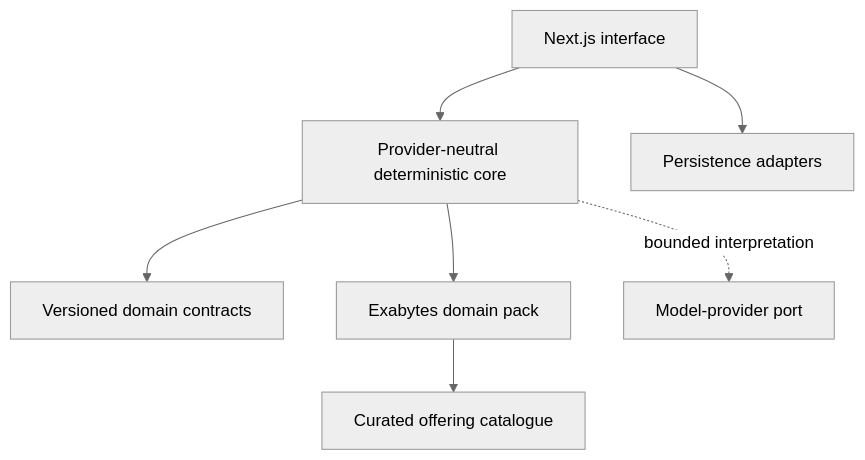
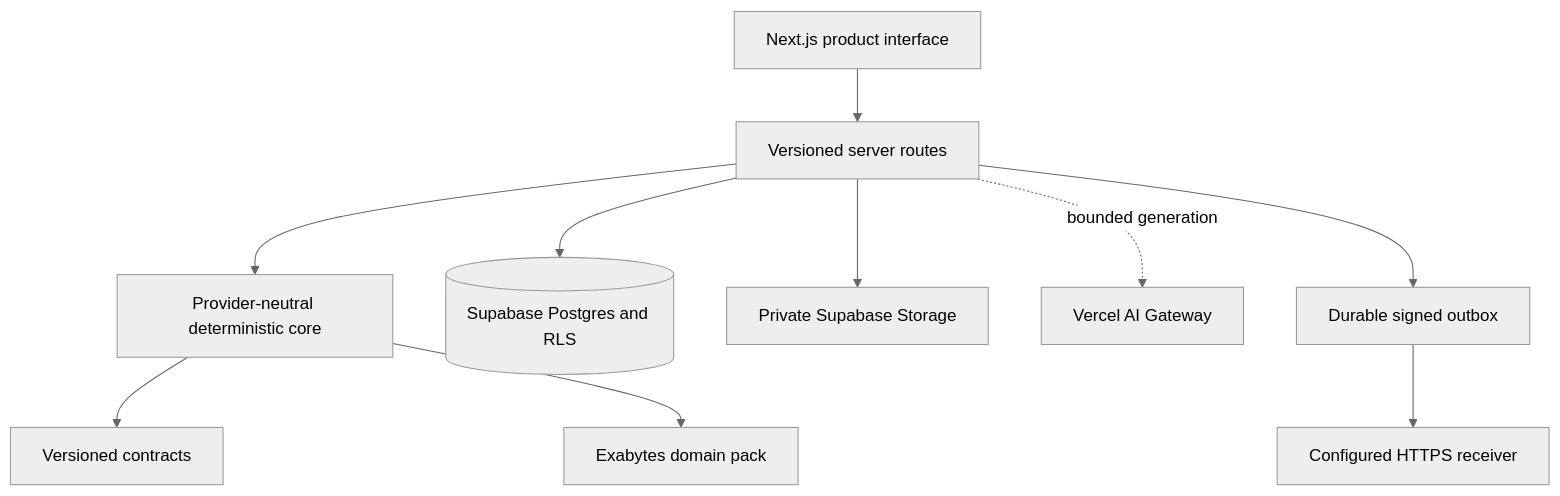
One commit to desanv01/majupilot-exabytes changed the second of 2 diagrams in README.md. Above: the diagram before and after it, drawn with Mermaid (neutral theme). The commit also changed other lines of this file and 53 other files, not shown here.

````diff
--- a/README.md
+++ b/README.md
@@ -59,9 +41,12 @@
 ```mermaid
 flowchart TB
-    UI[Next.js interface] --> Core[Provider-neutral deterministic core]
-    UI --> Store[Persistence adapters]
-    Core --> Domain[Versioned domain contracts]
+    UI[Next.js product interface] --> API[Versioned server routes]
+    API --> Core[Provider-neutral deterministic core]
+    Core --> Domain[Versioned contracts]
     Core --> Pack[Exabytes domain pack]
-    Pack --> Catalogue[Curated offering catalogue]
-    Core -. bounded interpretation .-> Models[Model-provider port]
+    API --> DB[(Supabase Postgres and RLS)]
+    API --> Storage[Private Supabase Storage]
+    API -. bounded generation .-> Gateway[Vercel AI Gateway]
+    API --> Outbox[Durable signed outbox]
+    Outbox --> Receiver[Configured HTTPS receiver]
 ```
````
